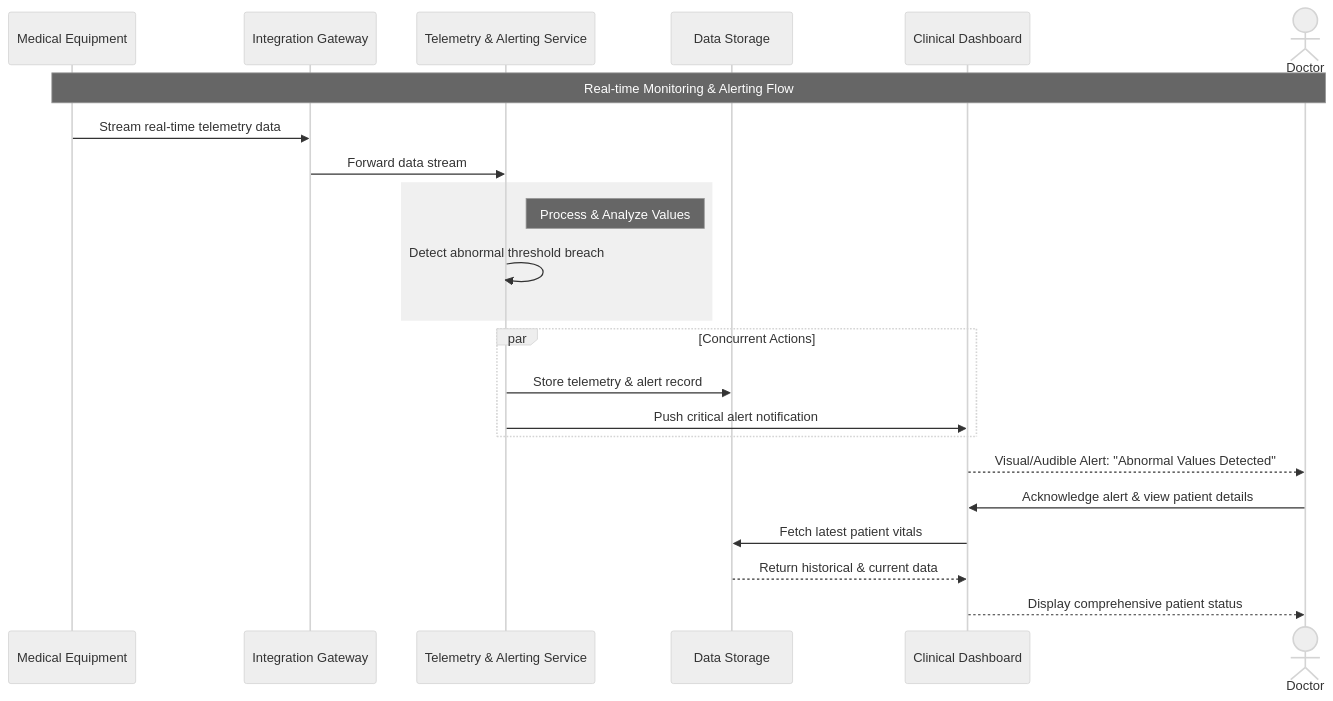
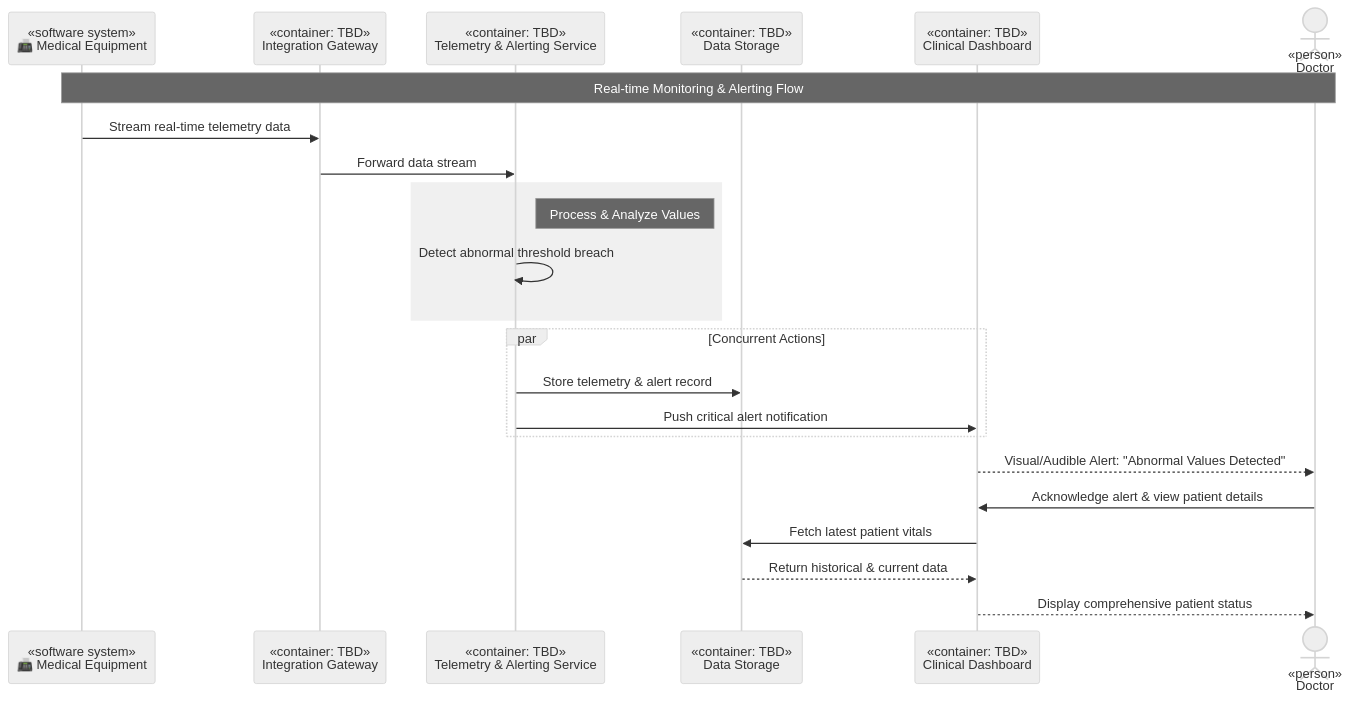
One commit to iugori/pulse-patrol changed the fifth of 8 diagrams in docs/ard-v2.1.md. Above: the diagram before and after it, drawn with Mermaid (neutral theme). The commit also changed other lines of this file, not shown here.

````diff
--- a/docs/ard-v2.1.md
+++ b/docs/ard-v2.1.md
@@ -346,28 +347,28 @@
 ```mermaid
 sequenceDiagram
-    participant ME as Medical Equipment
-    participant IG as Integration Gateway
-    participant TAS as Telemetry & Alerting Service
-    participant DS as Data Storage
-    participant CD as Clinical Dashboard
-    actor SS as Doctor
+    participant ME as «software system»<br/>📠 Medical Equipment
+    participant IG as «container: TBD»<br/>Integration Gateway
+    participant TAS as «container: TBD»<br/>Telemetry & Alerting Service
+    participant DS as «container: TBD»<br/>Data Storage
+    participant CD as «container: TBD»<br/>Clinical Dashboard
+    actor SS as «person»<br/>Doctor<br/>
     Note over ME, SS: Real-time Monitoring & Alerting Flow
     ME ->> IG: Stream real-time telemetry data
     IG ->> TAS: Forward data stream
 
     rect rgb(240, 240, 240)
         Note right of TAS: Process & Analyze Values
         TAS ->> TAS: Detect abnormal threshold breach
     end
 
     par Concurrent Actions
         TAS ->> DS: Store telemetry & alert record
         TAS ->> CD: Push critical alert notification
     end
 
     CD -->> SS: Visual/Audible Alert: "Abnormal Values Detected"
     SS ->> CD: Acknowledge alert & view patient details
     CD ->> DS: Fetch latest patient vitals
     DS -->> CD: Return historical & current data
     CD -->> SS: Display comprehensive patient status
 ```
````
